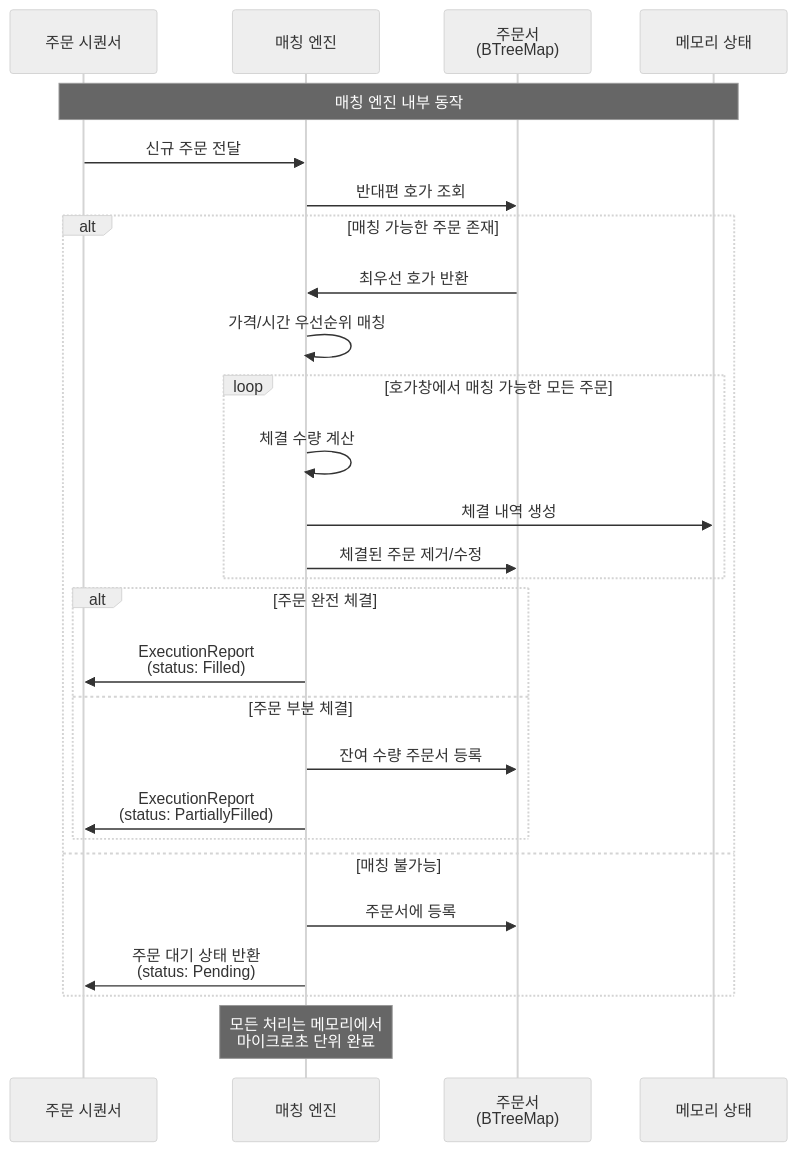
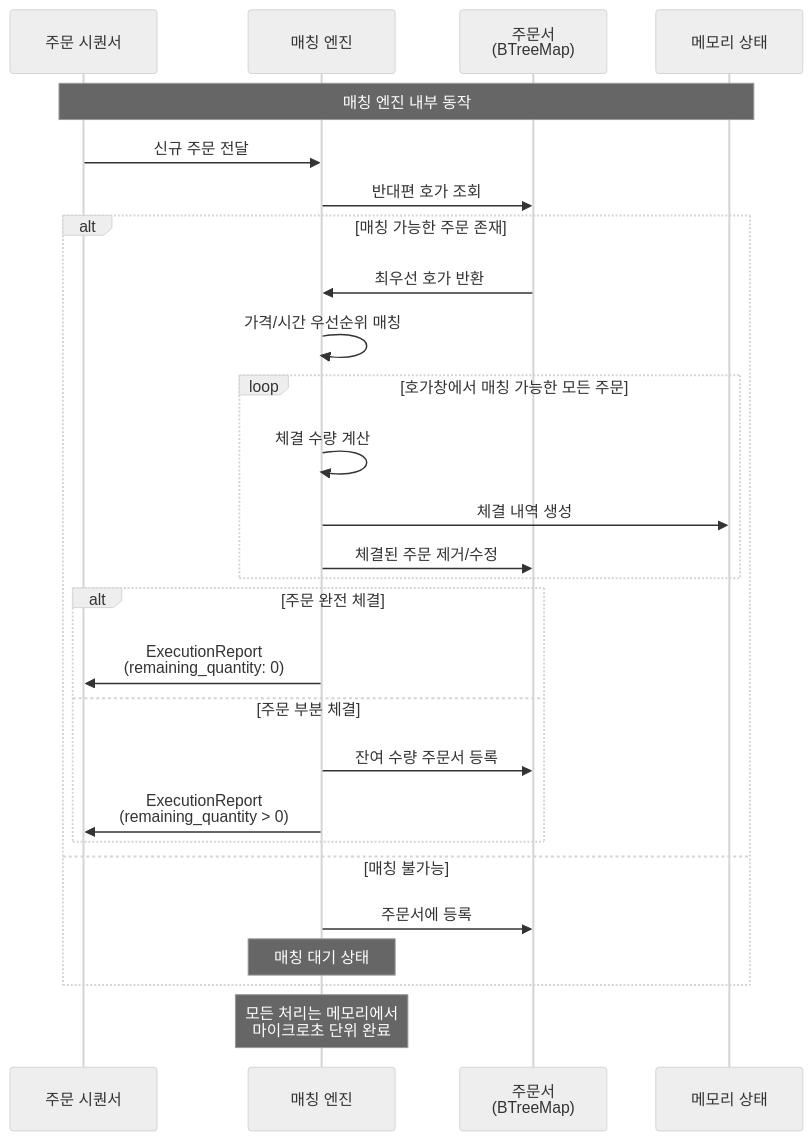
The third of 10 diagrams in docs/flow.md (blockbit-hama/xTrader), drawn with Mermaid (neutral theme) before and after one commit. The commit also changed other lines of this file and 6 other files, not shown here.

````diff
--- a/docs/flow.md
+++ b/docs/flow.md
@@ -98,38 +89,38 @@
 ```mermaid
 sequenceDiagram
     participant Sequencer as 주문 시퀀서
     participant Engine as 매칭 엔진
     participant OrderBook as 주문서<br/>(BTreeMap)
     participant Memory as 메모리 상태
 
     Note over Sequencer,Memory: 매칭 엔진 내부 동작
 
     Sequencer->>Engine: 신규 주문 전달
 
     Engine->>OrderBook: 반대편 호가 조회
 
     alt 매칭 가능한 주문 존재
         OrderBook->>Engine: 최우선 호가 반환
 
         Engine->>Engine: 가격/시간 우선순위 매칭
 
         loop 호가창에서 매칭 가능한 모든 주문
             Engine->>Engine: 체결 수량 계산
             Engine->>Memory: 체결 내역 생성
             Engine->>OrderBook: 체결된 주문 제거/수정
         end
 
         alt 주문 완전 체결
-            Engine->>Sequencer: ExecutionReport<br/>(status: Filled)
+            Engine->>Sequencer: ExecutionReport<br/>(remaining_quantity: 0)
         else 주문 부분 체결
             Engine->>OrderBook: 잔여 수량 주문서 등록
-            Engine->>Sequencer: ExecutionReport<br/>(status: PartiallyFilled)
+            Engine->>Sequencer: ExecutionReport<br/>(remaining_quantity > 0)
         end
 
     else 매칭 불가능
         Engine->>OrderBook: 주문서에 등록
-        Engine->>Sequencer: 주문 대기 상태 반환<br/>(status: Pending)
+        Note over Engine: 매칭 대기 상태
     end
 
     Note over Engine: 모든 처리는 메모리에서<br/>마이크로초 단위 완료
 ```
````
